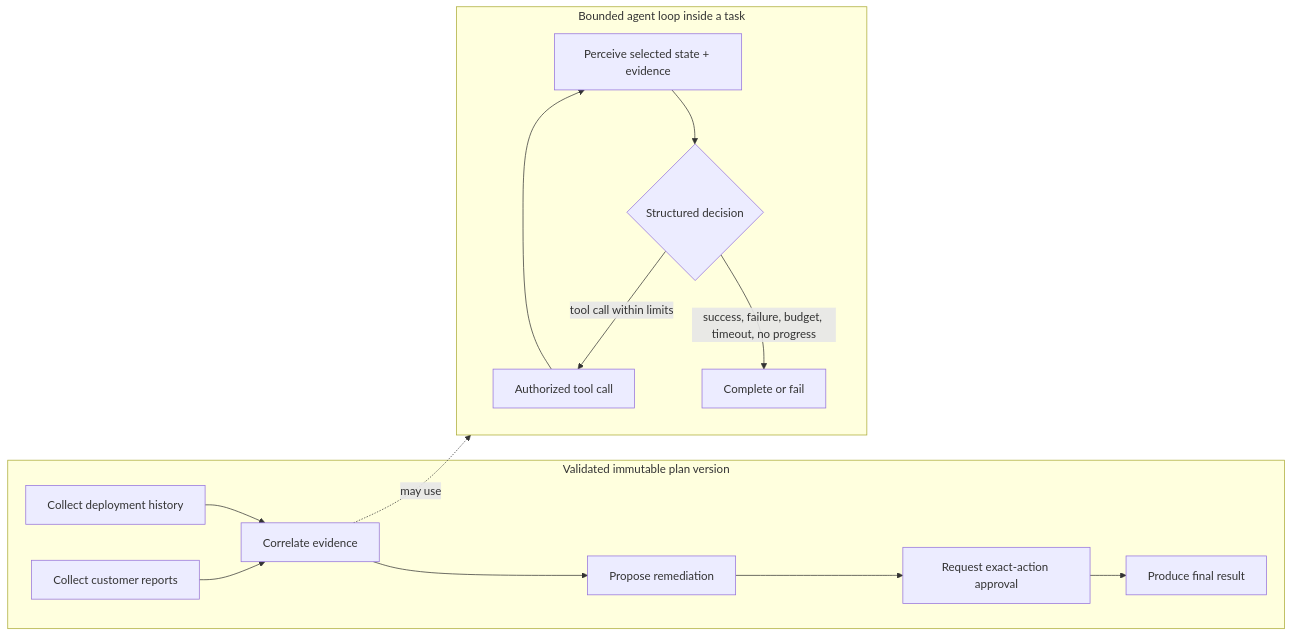
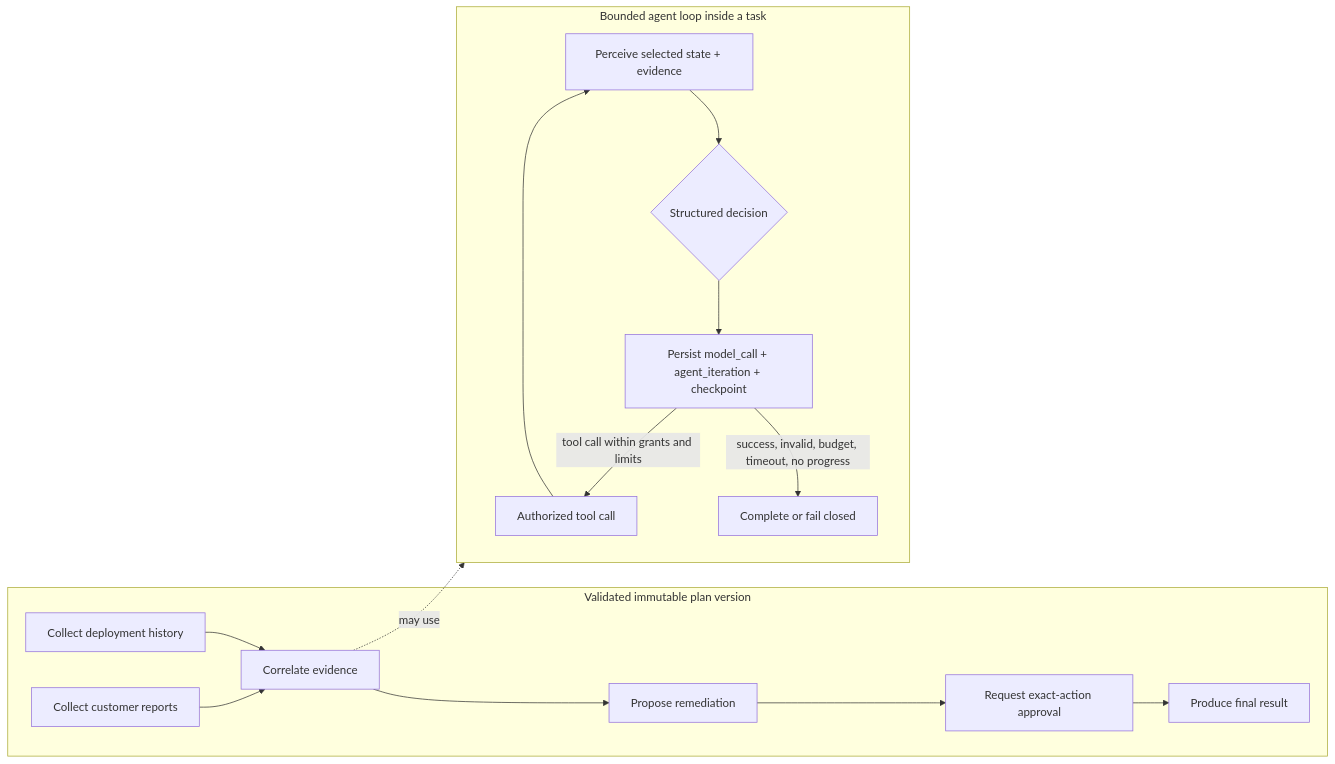
Before and after one commit to codevoks/forge-ai: the sixth of 9 diagrams in docs/architecture/visual-guide.md, drawn with Mermaid. The commit also changed 32 other files, not shown here.

````diff
--- a/docs/architecture/visual-guide.md
+++ b/docs/architecture/visual-guide.md
@@ -191,26 +191,28 @@
 ```mermaid
 flowchart LR
     subgraph RunDAG[Validated immutable plan version]
         A[Collect deployment history]
         B[Collect customer reports]
         C[Correlate evidence]
         D[Propose remediation]
         E[Request exact-action approval]
         F[Produce final result]
         A --> C
         B --> C
         C --> D --> E --> F
     end
 
     subgraph AgentTask[Bounded agent loop inside a task]
         P[Perceive selected state + evidence]
         DECIDE{Structured decision}
+        RECORD[Persist model_call + agent_iteration + checkpoint]
         ACT[Authorized tool call]
-        DONE[Complete or fail]
+        DONE[Complete or fail closed]
         P --> DECIDE
-        DECIDE -->|tool call within limits| ACT --> P
-        DECIDE -->|success, failure, budget, timeout, no progress| DONE
+        DECIDE --> RECORD
+        RECORD -->|tool call within grants and limits| ACT --> P
+        RECORD -->|success, invalid, budget, timeout, no progress| DONE
     end
 
     C -. may use .-> AgentTask
 ```
````
